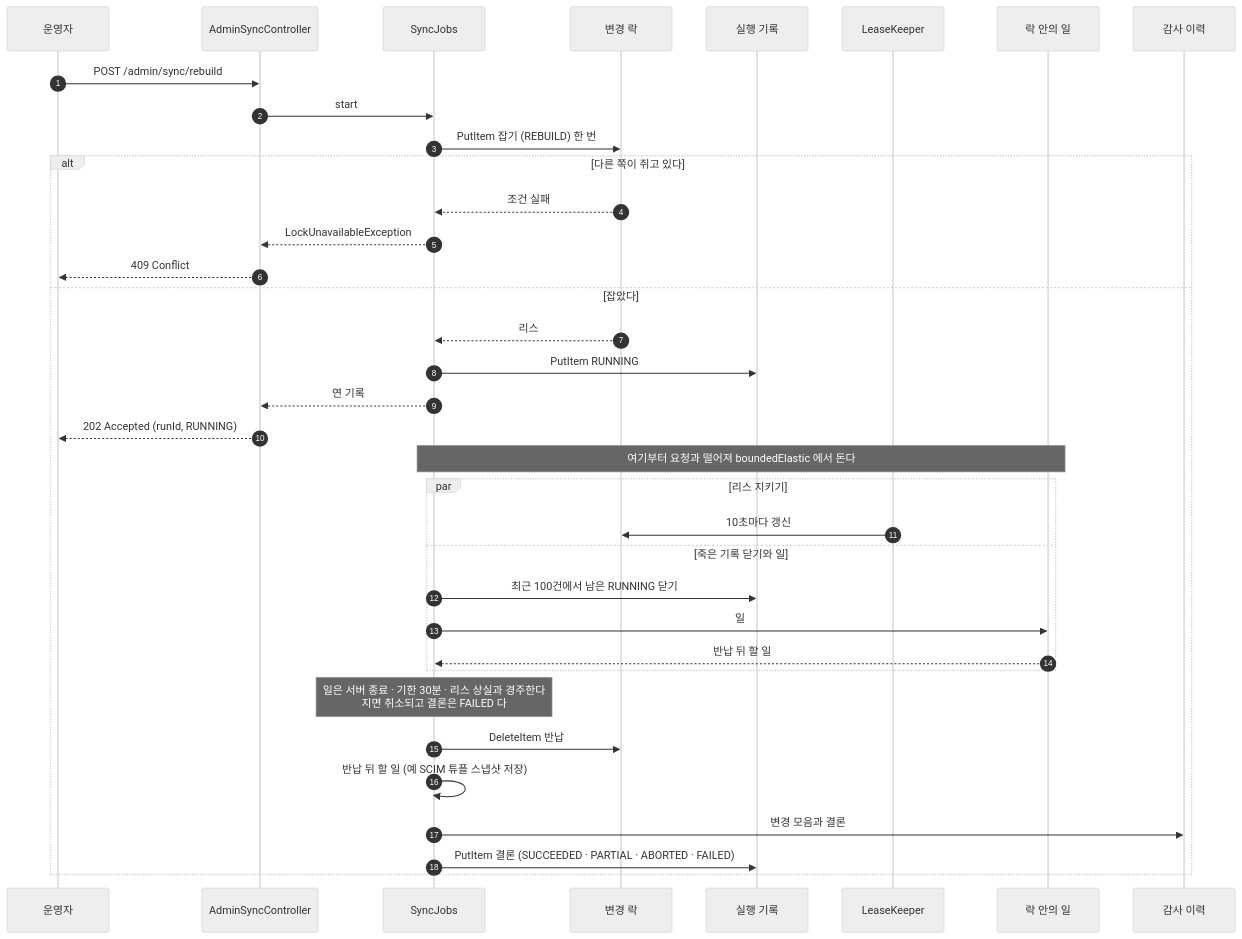
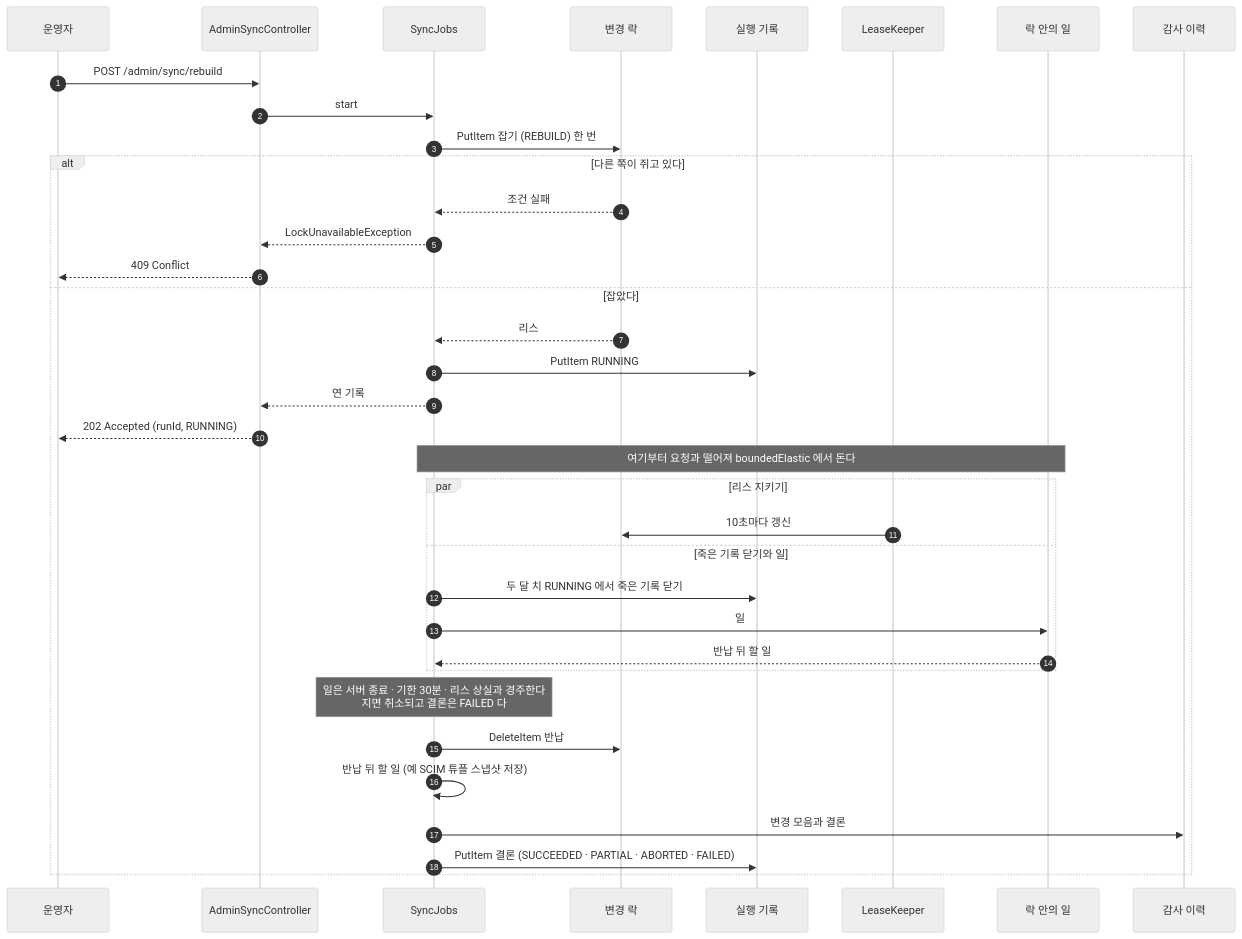
The second of 2 diagrams in docs/onboarding/08-동시성과-작업.md (starryeye/organization), drawn with Mermaid (neutral theme) before and after one commit. The commit also changed other lines of this file and 15 other files, not shown here.

````diff
--- a/docs/onboarding/08-동시성과-작업.md
+++ b/docs/onboarding/08-동시성과-작업.md
@@ -364,39 +375,39 @@
 ```mermaid
 sequenceDiagram
     autonumber
     participant Op as 운영자
     participant C as AdminSyncController
     participant J as SyncJobs
     participant L as 변경 락
     participant R as 실행 기록
     participant K as LeaseKeeper
     participant W as 락 안의 일
     participant A as 감사 이력
 
     Op->>C: POST /admin/sync/rebuild
     C->>J: start
     J->>L: PutItem 잡기 (REBUILD) 한 번
     alt 다른 쪽이 쥐고 있다
         L-->>J: 조건 실패
         J-->>C: LockUnavailableException
         C-->>Op: 409 Conflict
     else 잡았다
         L-->>J: 리스
         J->>R: PutItem RUNNING
         J-->>C: 연 기록
         C-->>Op: 202 Accepted (runId, RUNNING)
         Note over J,W: 여기부터 요청과 떨어져 boundedElastic 에서 돈다
         par 리스 지키기
             K->>L: 10초마다 갱신
         and 죽은 기록 닫기와 일
-            J->>R: 최근 100건에서 남은 RUNNING 닫기
+            J->>R: 두 달 치 RUNNING 에서 죽은 기록 닫기
             J->>W: 일
             W-->>J: 반납 뒤 할 일
         end
         Note over J: 일은 서버 종료 · 기한 30분 · 리스 상실과 경주한다<br/>지면 취소되고 결론은 FAILED 다
         J->>L: DeleteItem 반납
         J->>J: 반납 뒤 할 일 (예 SCIM 튜플 스냅샷 저장)
         J->>A: 변경 모음과 결론
         J->>R: PutItem 결론 (SUCCEEDED · PARTIAL · ABORTED · FAILED)
     end
 ```
````
